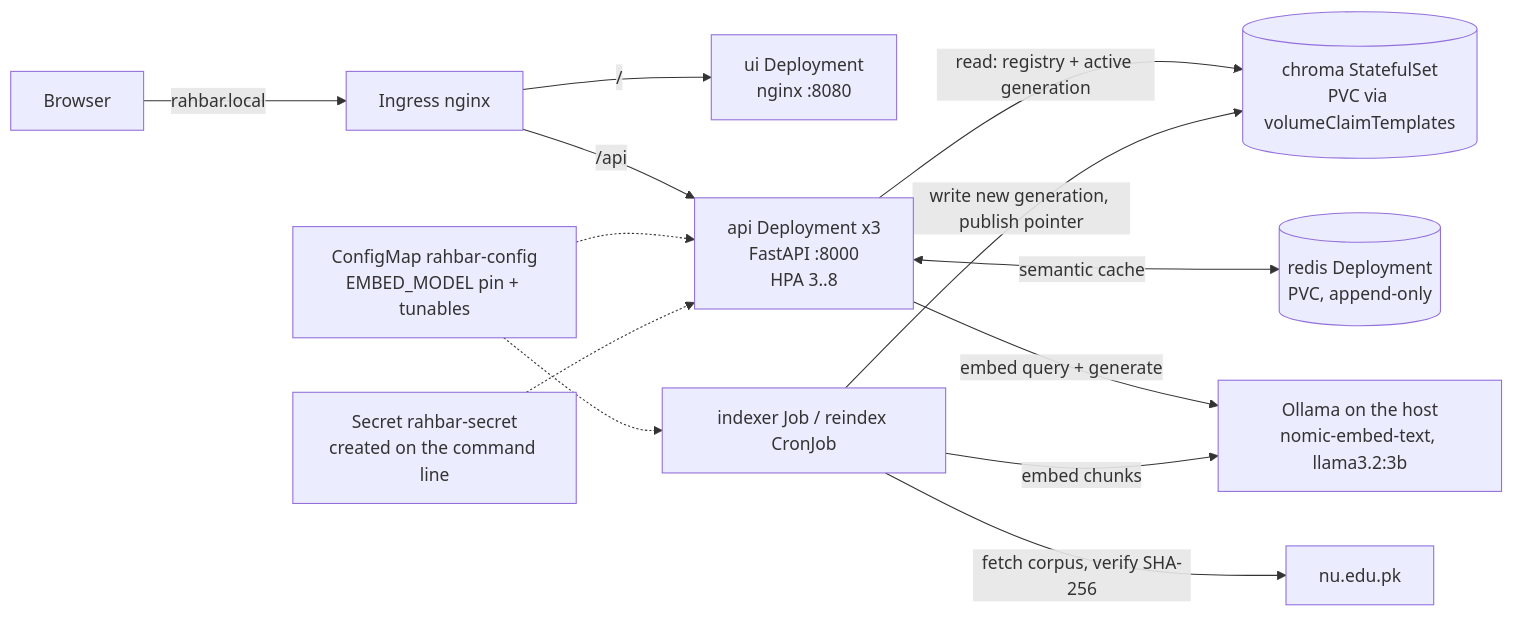
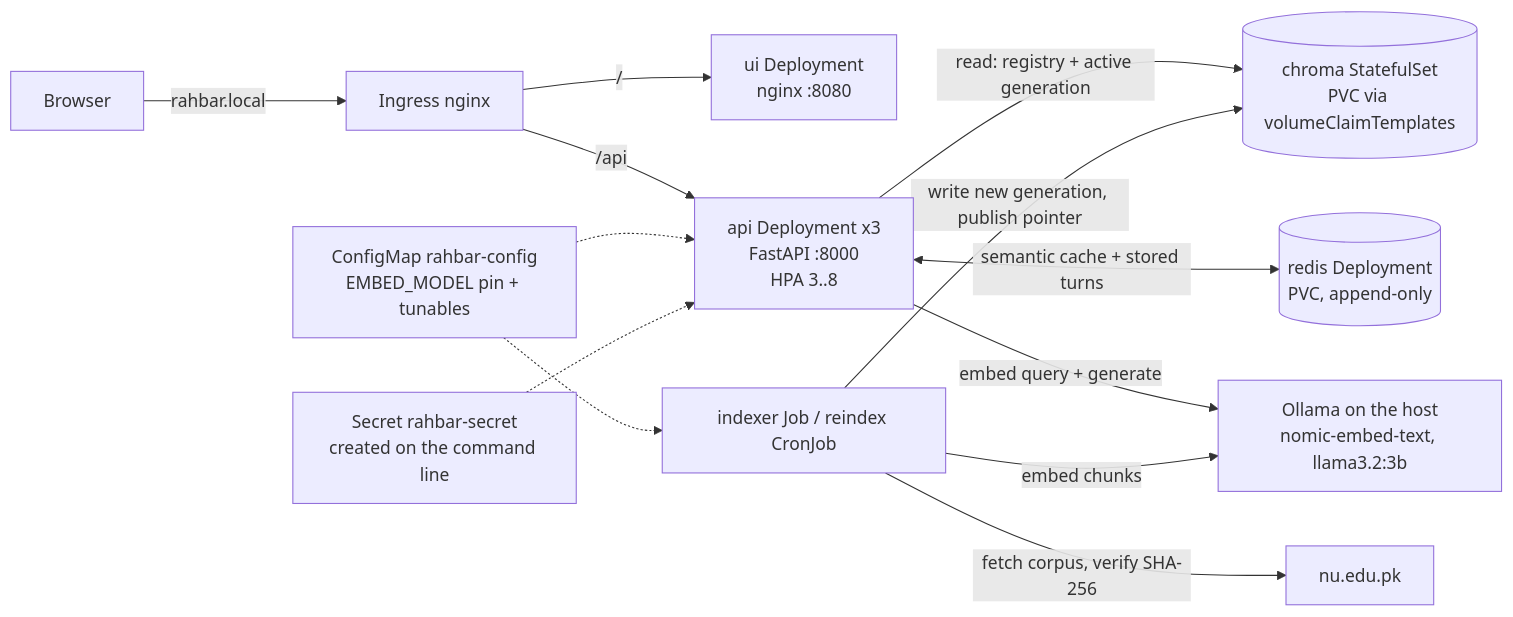
The diagram in docs/ARCHITECTURE.md (IfBilal/Rahbar), drawn with Mermaid before and after one commit. The commit also changed other lines of this file, not shown here.

Commit message:
docs(architecture): Redis also holds the stored turns

````diff
--- a/docs/ARCHITECTURE.md
+++ b/docs/ARCHITECTURE.md
@@ -15,15 +15,15 @@
 ```mermaid
 flowchart LR
   U[Browser] -->|rahbar.local| ING[Ingress nginx]
   ING -->|/| UI[ui Deployment<br/>nginx :8080]
   ING -->|/api| API[api Deployment x3<br/>FastAPI :8000<br/>HPA 3..8]
   API -->|read: registry + active generation| CH[(chroma StatefulSet<br/>PVC via volumeClaimTemplates)]
-  API <-->|semantic cache| R[(redis Deployment<br/>PVC, append-only)]
+  API <-->|semantic cache + stored turns| R[(redis Deployment<br/>PVC, append-only)]
   API -->|embed query + generate| OL[Ollama on the host<br/>nomic-embed-text, llama3.2:3b]
   JOB[indexer Job / reindex CronJob] -->|write new generation, publish pointer| CH
   JOB -->|embed chunks| OL
   JOB -->|fetch corpus, verify SHA-256| WEB[nu.edu.pk]
   CM[ConfigMap rahbar-config<br/>EMBED_MODEL pin + tunables] -.-> API
   CM -.-> JOB
   SEC[Secret rahbar-secret<br/>created on the command line] -.-> API
 ```
````
